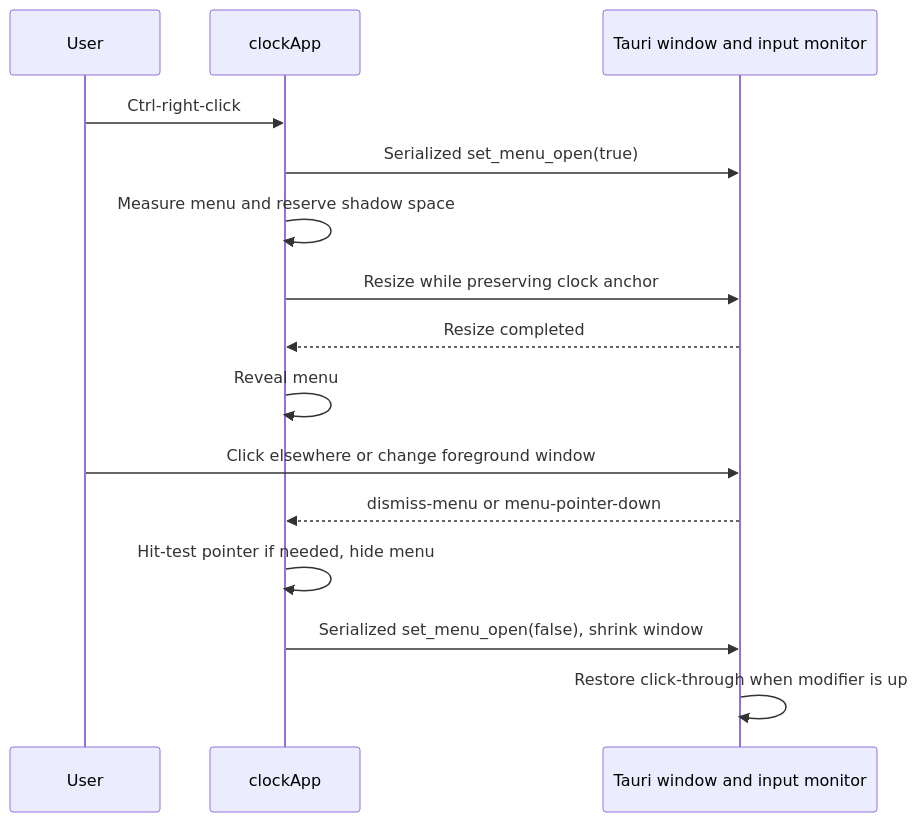
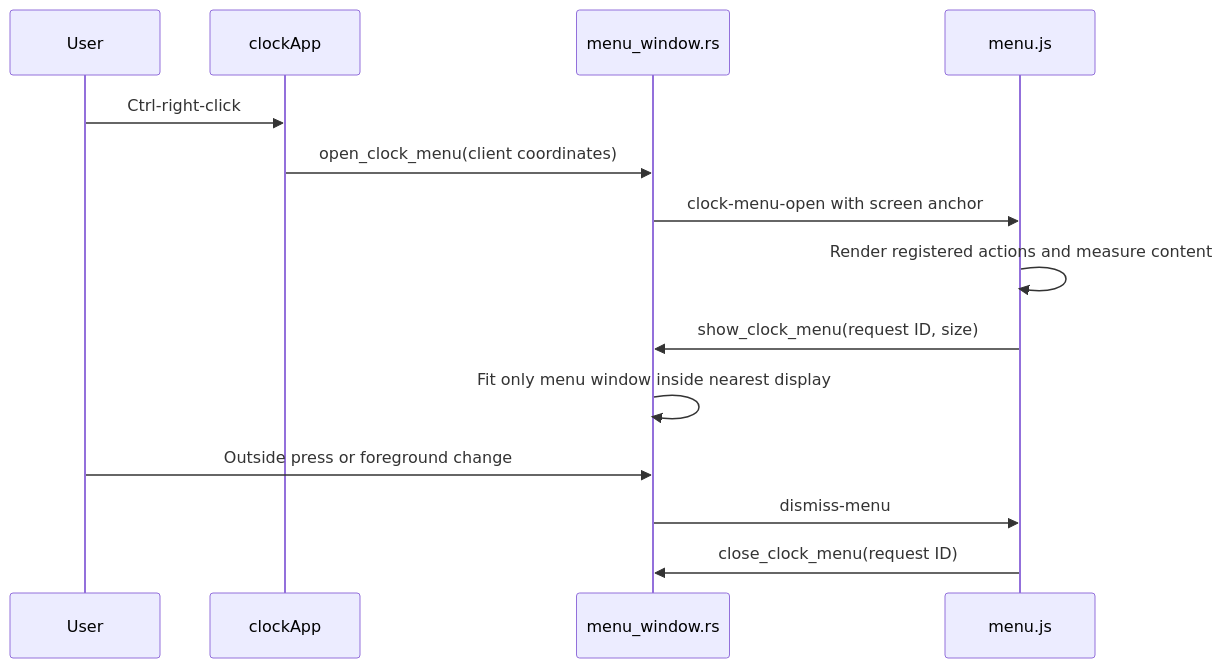
Before and after one commit to tbkmax/TopClock: the second of 8 diagrams in src/doc/workflow_diagram.md, drawn with Mermaid. The commit also changed other lines of this file and 58 other files, not shown here.

````diff
--- a/src/doc/workflow_diagram.md
+++ b/src/doc/workflow_diagram.md
@@ -28,17 +28,16 @@
 ```mermaid
 sequenceDiagram
     participant User
     participant Clock as clockApp
-    participant Native as Tauri window and input monitor
+    participant Native as menu_window.rs
+    participant Menu as menu.js
     User->>Clock: Ctrl-right-click
-    Clock->>Native: Serialized set_menu_open(true)
-    Clock->>Clock: Measure menu and reserve shadow space
-    Clock->>Native: Resize while preserving clock anchor
-    Native-->>Clock: Resize completed
-    Clock->>Clock: Reveal menu
-    User->>Native: Click elsewhere or change foreground window
-    Native-->>Clock: dismiss-menu or menu-pointer-down
-    Clock->>Clock: Hit-test pointer if needed, hide menu
-    Clock->>Native: Serialized set_menu_open(false), shrink window
-    Native->>Native: Restore click-through when modifier is up
+    Clock->>Native: open_clock_menu(client coordinates)
+    Native->>Menu: clock-menu-open with screen anchor
+    Menu->>Menu: Render registered actions and measure content
+    Menu->>Native: show_clock_menu(request ID, size)
+    Native->>Native: Fit only menu window inside nearest display
+    User->>Native: Outside press or foreground change
+    Native->>Menu: dismiss-menu
+    Menu->>Native: close_clock_menu(request ID)
 ```
````
